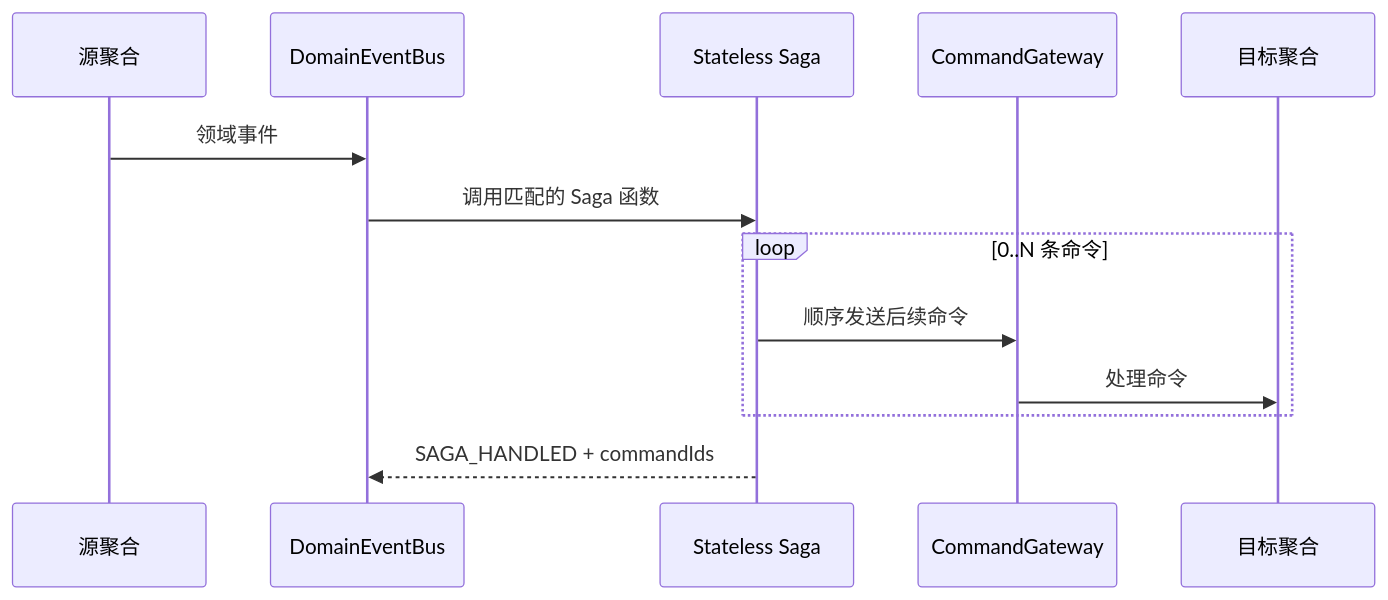
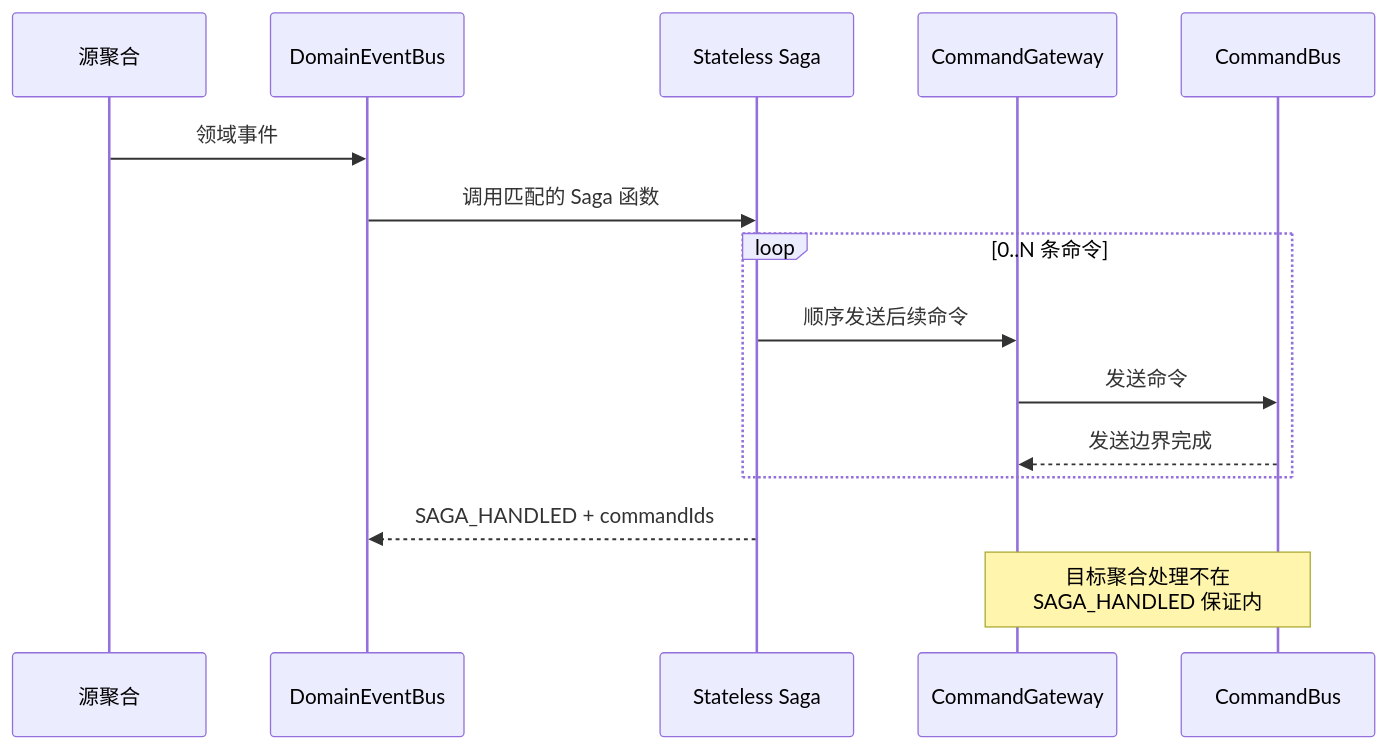
One commit to Ahoo-Wang/Wow changed the diagram in documentation/docs/zh/guide/event/saga.md. Above: the diagram before and after it, drawn with Mermaid. The commit also changed 3 other files, not shown here.

Commit message:
docs: correct event diagram boundaries

````diff
--- a/documentation/docs/zh/guide/event/saga.md
+++ b/documentation/docs/zh/guide/event/saga.md
@@ -13,15 +13,17 @@
 ```mermaid
 sequenceDiagram
     participant Source as 源聚合
     participant EventBus as DomainEventBus
     participant Saga as Stateless Saga
     participant Gateway as CommandGateway
-    participant Target as 目标聚合
+    participant CommandBus as CommandBus
     Source->>EventBus: 领域事件
     EventBus->>Saga: 调用匹配的 Saga 函数
     loop 0..N 条命令
         Saga->>Gateway: 顺序发送后续命令
-        Gateway->>Target: 处理命令
+        Gateway->>CommandBus: 发送命令
+        CommandBus-->>Gateway: 发送边界完成
     end
     Saga-->>EventBus: SAGA_HANDLED + commandIds
+    Note over Gateway,CommandBus: 目标聚合处理不在<br/>SAGA_HANDLED 保证内
 ```
````
